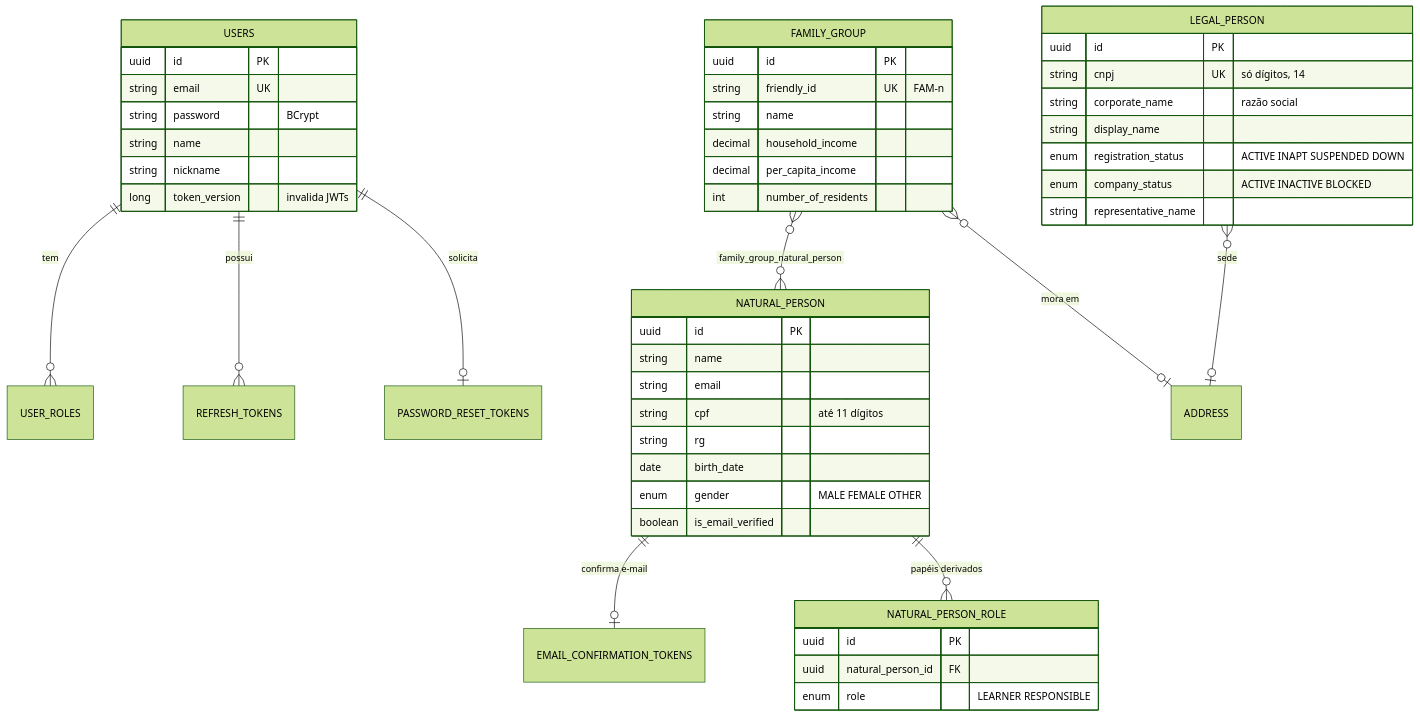
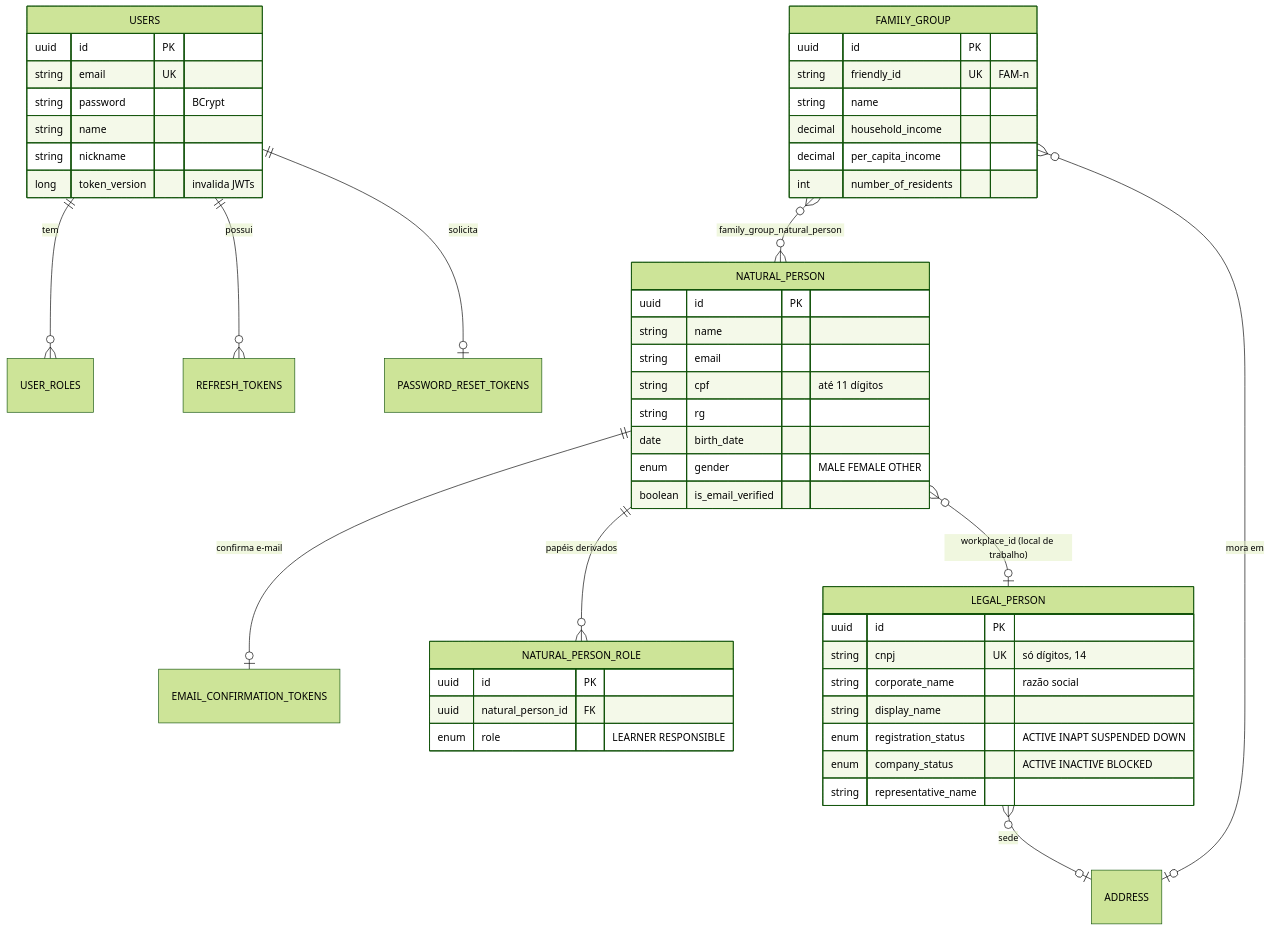
One commit to projeto-resgate/projetoresgate-api changed the first of 3 diagrams in docs/tecnico/modelo-de-dados.md. Above: the diagram before and after it, drawn with Mermaid (forest theme). The commit also changed other lines of this file and 18 other files, not shown here.

````diff
--- a/docs/tecnico/modelo-de-dados.md
+++ b/docs/tecnico/modelo-de-dados.md
@@ -11,52 +11,53 @@
 ```mermaid
 erDiagram
     USERS ||--o{ USER_ROLES : "tem"
     USERS ||--o{ REFRESH_TOKENS : "possui"
     USERS ||--o| PASSWORD_RESET_TOKENS : "solicita"
     NATURAL_PERSON ||--o| EMAIL_CONFIRMATION_TOKENS : "confirma e-mail"
     NATURAL_PERSON ||--o{ NATURAL_PERSON_ROLE : "papéis derivados"
+    NATURAL_PERSON }o--o| LEGAL_PERSON : "workplace_id (local de trabalho)"
     FAMILY_GROUP }o--o{ NATURAL_PERSON : "family_group_natural_person"
     FAMILY_GROUP }o--o| ADDRESS : "mora em"
     LEGAL_PERSON }o--o| ADDRESS : "sede"
 
     USERS {
         uuid id PK
         string email UK
         string password "BCrypt"
         string name
         string nickname
         long token_version "invalida JWTs"
     }
     NATURAL_PERSON {
         uuid id PK
         string name
         string email
         string cpf "até 11 dígitos"
         string rg
         date birth_date
         enum gender "MALE FEMALE OTHER"
         boolean is_email_verified
     }
     LEGAL_PERSON {
         uuid id PK
         string cnpj UK "só dígitos, 14"
         string corporate_name "razão social"
         string display_name
         enum registration_status "ACTIVE INAPT SUSPENDED DOWN"
         enum company_status "ACTIVE INACTIVE BLOCKED"
         string representative_name
     }
     FAMILY_GROUP {
         uuid id PK
         string friendly_id UK "FAM-n"
         string name
         decimal household_income
         decimal per_capita_income
         int number_of_residents
     }
     NATURAL_PERSON_ROLE {
         uuid id PK
         uuid natural_person_id FK
         enum role "LEARNER RESPONSIBLE"
     }
 ```
````
